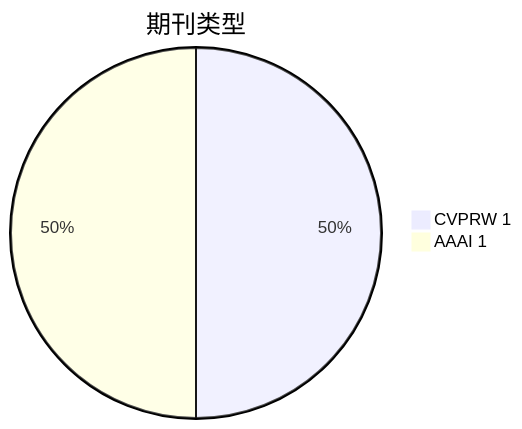
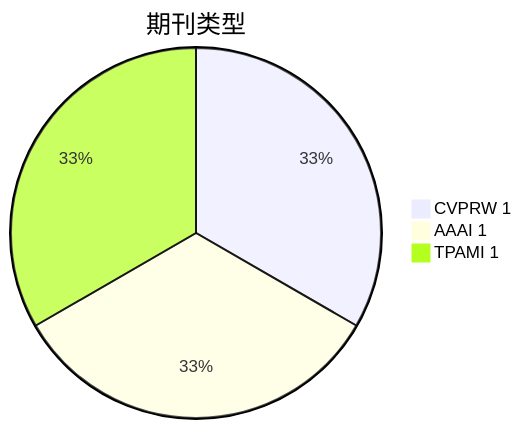
Before and after one commit to Elephant-King9/Paper: the second of 4 diagrams in CV/Lightweight/analyse.md, drawn with Mermaid. The commit also changed other lines of this file and 20 other files, not shown here.

````diff
--- a/CV/Lightweight/analyse.md
+++ b/CV/Lightweight/analyse.md
@@ -20,5 +21,6 @@
 ```mermaid
 pie title 期刊类型
     "CVPRW 1": 1
     "AAAI 1" : 1
+    "TPAMI 1" : 1
 ```
````
